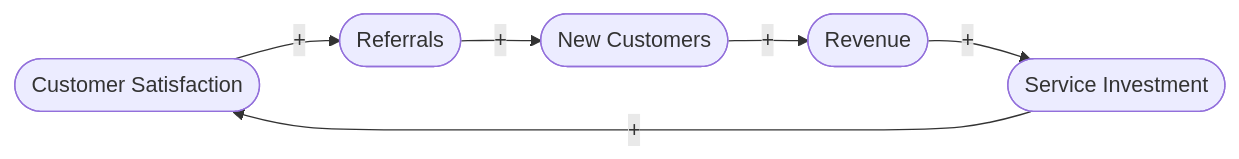
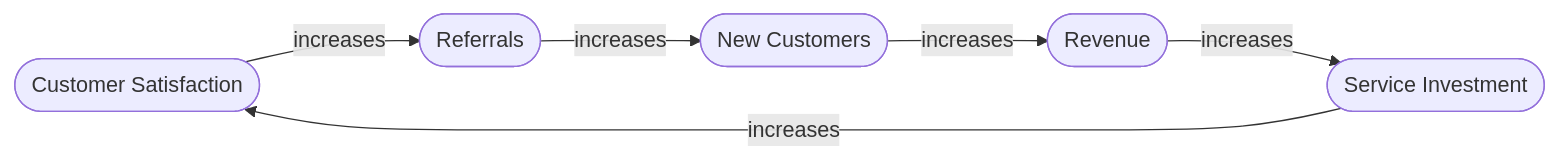
The fourth of 4 diagrams in references/causal-loop-diagrams.md (mlevison/systems-thinking), drawn with Mermaid before and after one commit. The commit also changed other lines of this file and 2 other files, not shown here.

Commit message:
Added first Readme and tweaked the CLD instructions

````diff
--- a/references/causal-loop-diagrams.md
+++ b/references/causal-loop-diagrams.md
@@ -181,8 +177,8 @@
 ```mermaid
 graph LR
-    A([Customer Satisfaction]) -->|+| B([Referrals])
-    B -->|+| C([New Customers])
-    C -->|+| D([Revenue])
-    D -->|+| E([Service Investment])
-    E -->|+| A
+    A([Customer Satisfaction]) -->|increases| B([Referrals])
+    B -->|increases| C([New Customers])
+    C -->|increases| D([Revenue])
+    D -->|increases| E([Service Investment])
+    E -->|increases| A
 ```
````
